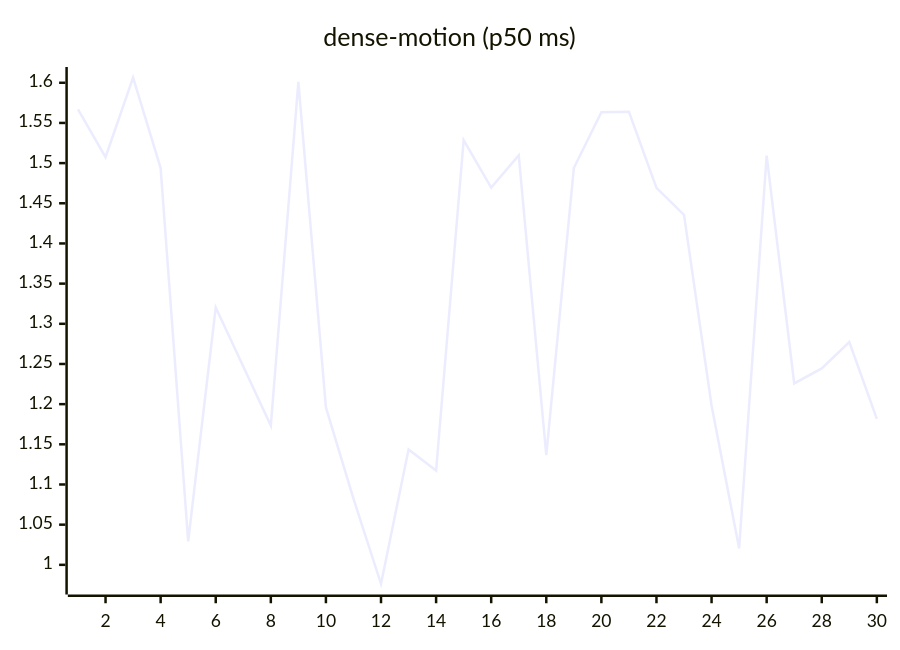
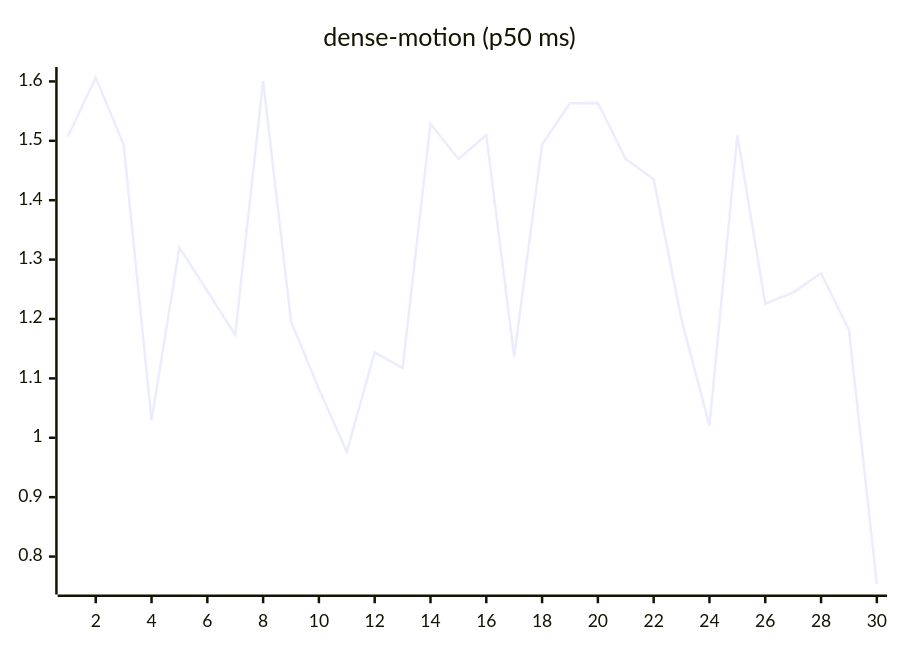
Before and after one commit to josha/Facet: the ninth of 27 diagrams in README.md, drawn with Mermaid. The commit also changed other lines of this file and 2 other files, not shown here.

````diff
--- a/README.md
+++ b/README.md
@@ -119,6 +119,6 @@
 ```mermaid
 xychart-beta
     title "dense-motion (p50 ms)"
     x-axis 1 --> 30
-    line [1.5668, 1.5073, 1.6064, 1.4938, 1.0293, 1.3202, 1.2469, 1.1733, 1.6011, 1.1959, 1.0823, 0.9763, 1.1436, 1.1174, 1.5286, 1.4695, 1.5096, 1.1365, 1.4939, 1.5634, 1.5638, 1.4692, 1.4355, 1.1984, 1.0205, 1.5093, 1.2258, 1.2445, 1.2773, 1.1817]
+    line [1.5073, 1.6064, 1.4938, 1.0293, 1.3202, 1.2469, 1.1733, 1.6011, 1.1959, 1.0823, 0.9763, 1.1436, 1.1174, 1.5286, 1.4695, 1.5096, 1.1365, 1.4939, 1.5634, 1.5638, 1.4692, 1.4355, 1.1984, 1.0205, 1.5093, 1.2258, 1.2445, 1.2773, 1.1817, 0.7540]
 ```
````
